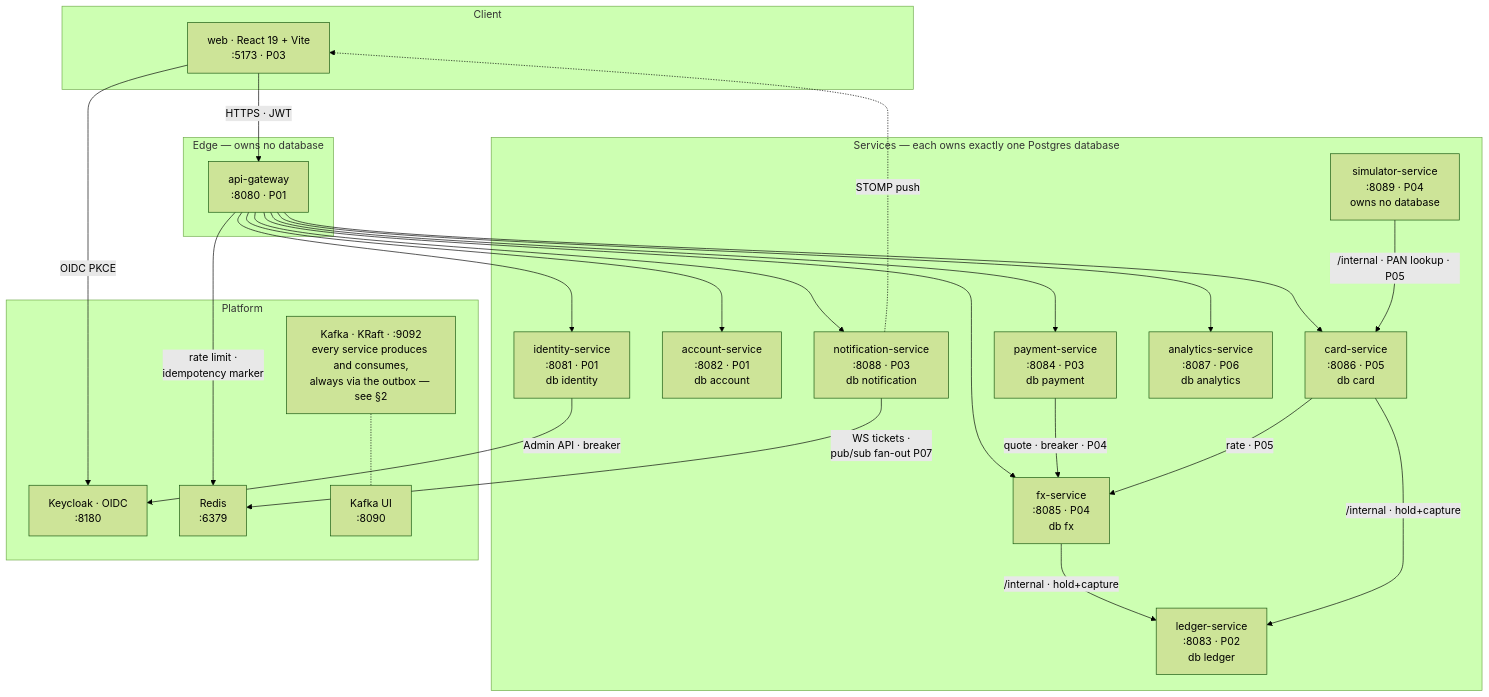
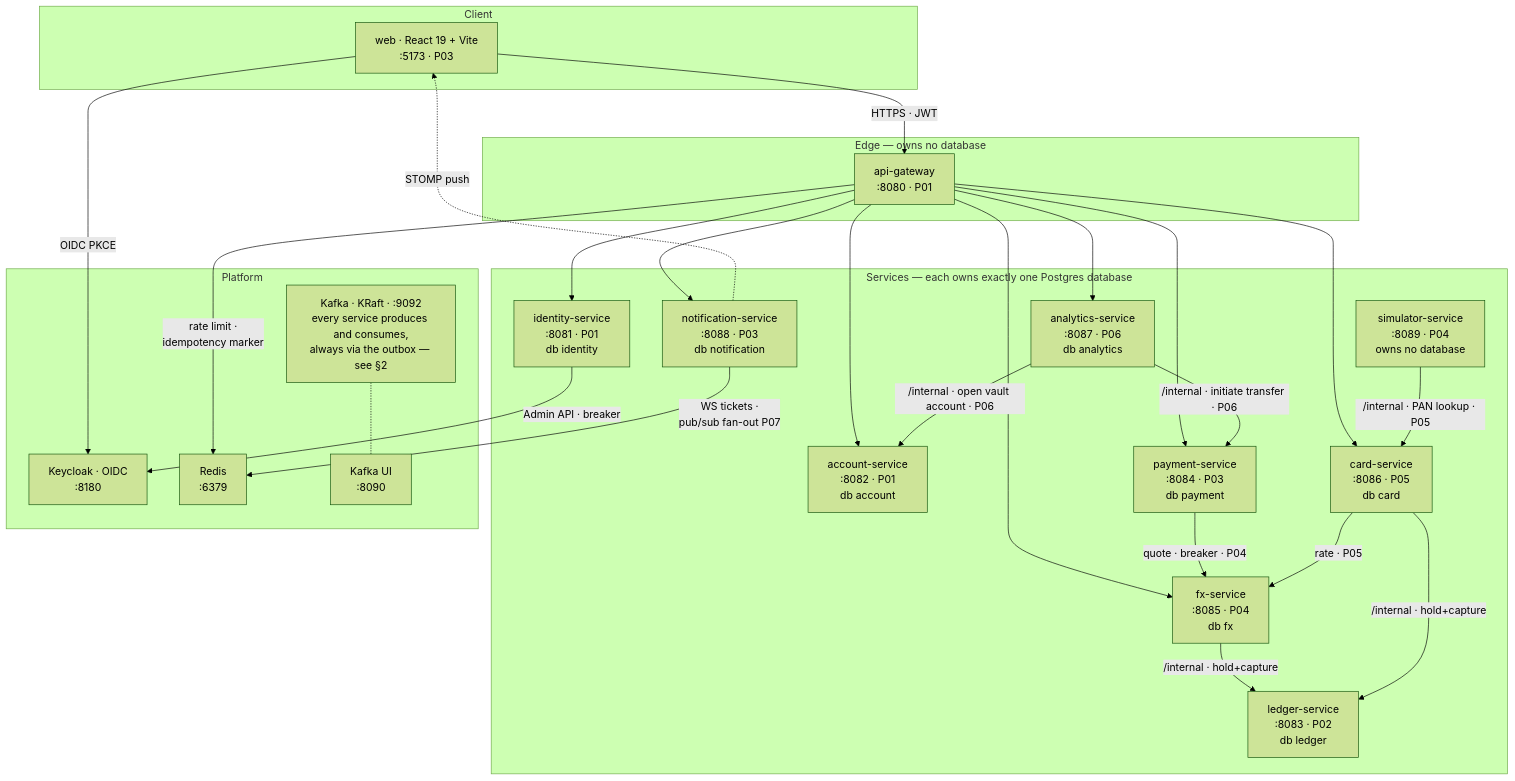
Before and after one commit to georgivelikov/revo-clone: the first of 6 diagrams in docs/architecture.md, drawn with Mermaid (forest theme). The commit also changed other lines of this file and 45 other files, not shown here.

````diff
--- a/docs/architecture.md
+++ b/docs/architecture.md
@@ -27,52 +27,54 @@
 ```mermaid
 flowchart TB
     subgraph client["Client"]
         WEB["web · React 19 + Vite<br/>:5173 · P03"]
     end
 
     subgraph edge["Edge — owns no database"]
         GW["api-gateway<br/>:8080 · P01"]
     end
 
     subgraph svc["Services — each owns exactly one Postgres database"]
         IDENT["identity-service<br/>:8081 · P01<br/>db identity"]
         ACCT["account-service<br/>:8082 · P01<br/>db account"]
         LEDG["ledger-service<br/>:8083 · P02<br/>db ledger"]
         PAY["payment-service<br/>:8084 · P03<br/>db payment"]
         NOTIF["notification-service<br/>:8088 · P03<br/>db notification"]
         FX["fx-service<br/>:8085 · P04<br/>db fx"]
         CARD["card-service<br/>:8086 · P05<br/>db card"]
         ANL["analytics-service<br/>:8087 · P06<br/>db analytics"]
         SIM["simulator-service<br/>:8089 · P04<br/>owns no database"]
     end
 
     subgraph plat["Platform"]
         KC["Keycloak · OIDC<br/>:8180"]
         REDIS["Redis<br/>:6379"]
         KAFKA["Kafka · KRaft · :9092<br/>every service produces and consumes,<br/>always via the outbox — see §2"]
         KUI["Kafka UI<br/>:8090"]
     end
 
     WEB -->|"HTTPS · JWT"| GW
     WEB -->|"OIDC PKCE"| KC
     NOTIF -.->|"STOMP push"| WEB
 
     GW --> IDENT
     GW --> ACCT
     GW --> PAY
     GW --> FX
     GW --> CARD
     GW --> ANL
     GW --> NOTIF
     GW -->|"rate limit ·<br/>idempotency marker"| REDIS
 
     IDENT -->|"Admin API · breaker"| KC
     PAY -->|"quote · breaker · P04"| FX
     CARD -->|"rate · P05"| FX
     FX -->|"/internal · hold+capture"| LEDG
     CARD -->|"/internal · hold+capture"| LEDG
     SIM -->|"/internal · PAN lookup · P05"| CARD
+    ANL -->|"/internal · open vault account · P06"| ACCT
+    ANL -->|"/internal · initiate transfer · P06"| PAY
     NOTIF -->|"WS tickets ·<br/>pub/sub fan-out P07"| REDIS
 
     KAFKA -.- KUI
 ```
````
